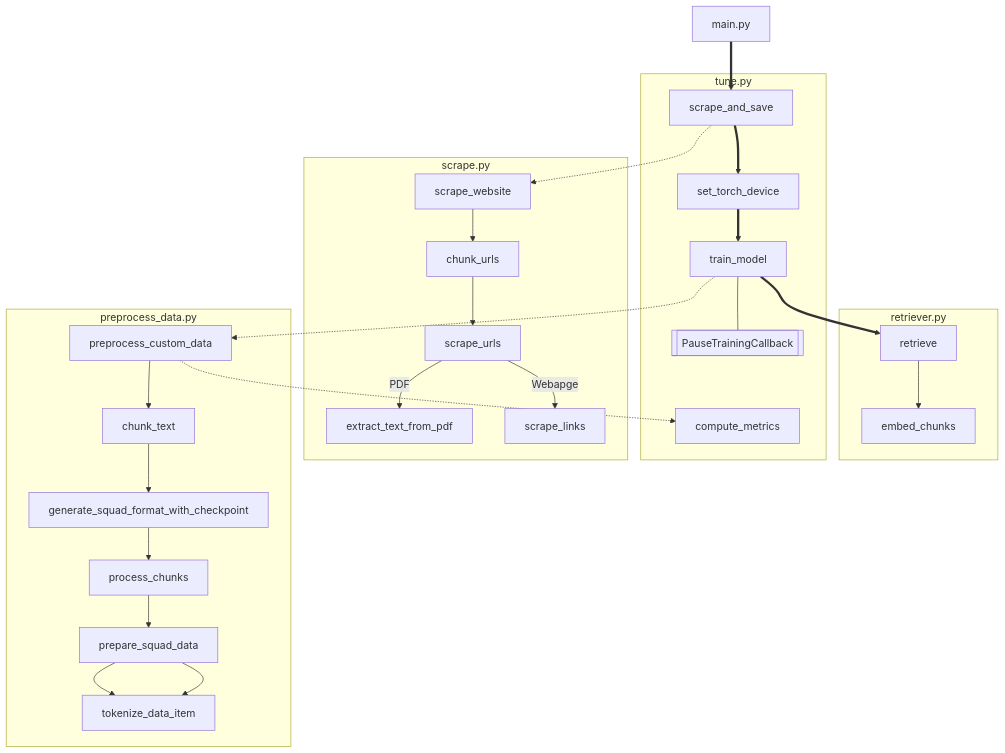
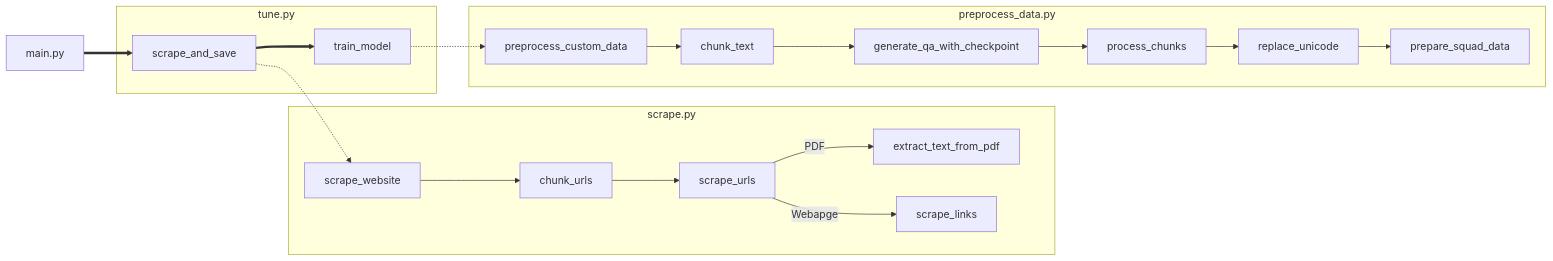
One commit to ian-young/transformers changed the diagram in README.md. Above: the diagram before and after it, drawn with Mermaid. The commit also changed other lines of this file and 2 other files, not shown here.

Commit message:
Removed unused functions.

````diff
--- a/README.md
+++ b/README.md
@@ -9,45 +9,34 @@
 ```mermaid
-    flowchart TB
-    subgraph retriever.py
-        retrieve
-        embed_chunks
-    end
+    flowchart LR
     subgraph tune.py
-        set_torch_device
-        Callback[[PauseTrainingCallback]]
         scrape_and_save
-        compute_metrics
         train_model
     end
     subgraph scrape.py
         chunk_urls
         scrape_website
         scrape_urls
         extract_text_from_pdf
         scrape_links
     end
     subgraph preprocess_data.py
-        generate_squad_format_with_checkpoint
+        generate_qa_with_checkpoint
         chunk_text
         preprocess_custom_data
         process_chunks
         prepare_squad_data
-        tokenize_data_item
+        replace_unicode
 
     end
 
-    main.py ==> scrape_and_save ==> set_torch_device ==> train_model ==> retrieve
+    main.py ==> scrape_and_save ==> train_model
 
     scrape_and_save -.-> scrape_website
     scrape_website --> chunk_urls --> scrape_urls
     scrape_urls --PDF--> extract_text_from_pdf
     scrape_urls --Webapge--> scrape_links
 
-    train_model -.-> preprocess_custom_data -.-> compute_metrics
-    train_model --- Callback
+    train_model -.-> preprocess_custom_data
 
-    preprocess_custom_data --> chunk_text --> generate_squad_format_with_checkpoint --> process_chunks --> prepare_squad_data --> tokenize_data_item
-    prepare_squad_data --> tokenize_data_item
-
-    retrieve --> embed_chunks
+    preprocess_custom_data --> chunk_text --> generate_qa_with_checkpoint --> process_chunks --> replace_unicode --> prepare_squad_data
 ```
````
